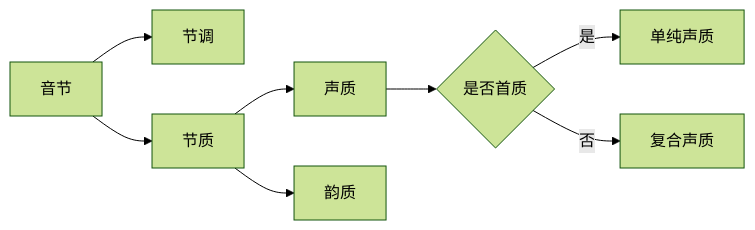
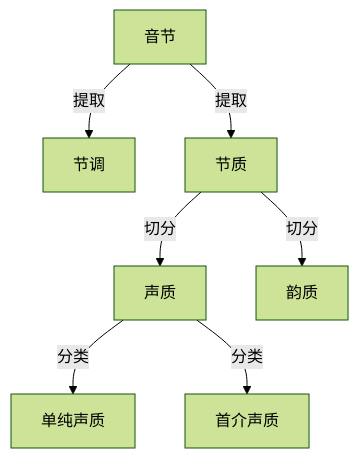
Before and after one commit to tsaanghwang/Yime-prototype: the diagram in YIME_Theory/flowchart/一式一调二质分析.mmd, drawn with Mermaid (forest theme). The commit also changed 9 other files, not shown here.

```diff
--- a/YIME_Theory/flowchart/一式一调二质分析.mmd
+++ b/YIME_Theory/flowchart/一式一调二质分析.mmd
@@ -1,8 +1,8 @@
-graph LR
-    A[音节] --> B[节调]
-    A --> C[节质]
-    C --> D[声质]
-    C --> E[韵质]
-    D --> F{是否首质}
-    F --> |是|G[单纯声质]
-    F --> |否|H[复合声质]
+graph TB
+
+    A[音节] --> |提取|B[节调]
+    A --> |提取|C[节质]
+    C --> |切分|D[声质]
+    C --> |切分|E[韵质]
+    D --> |分类|F[单纯声质]
+    D --> |分类|G[首介声质]
```
